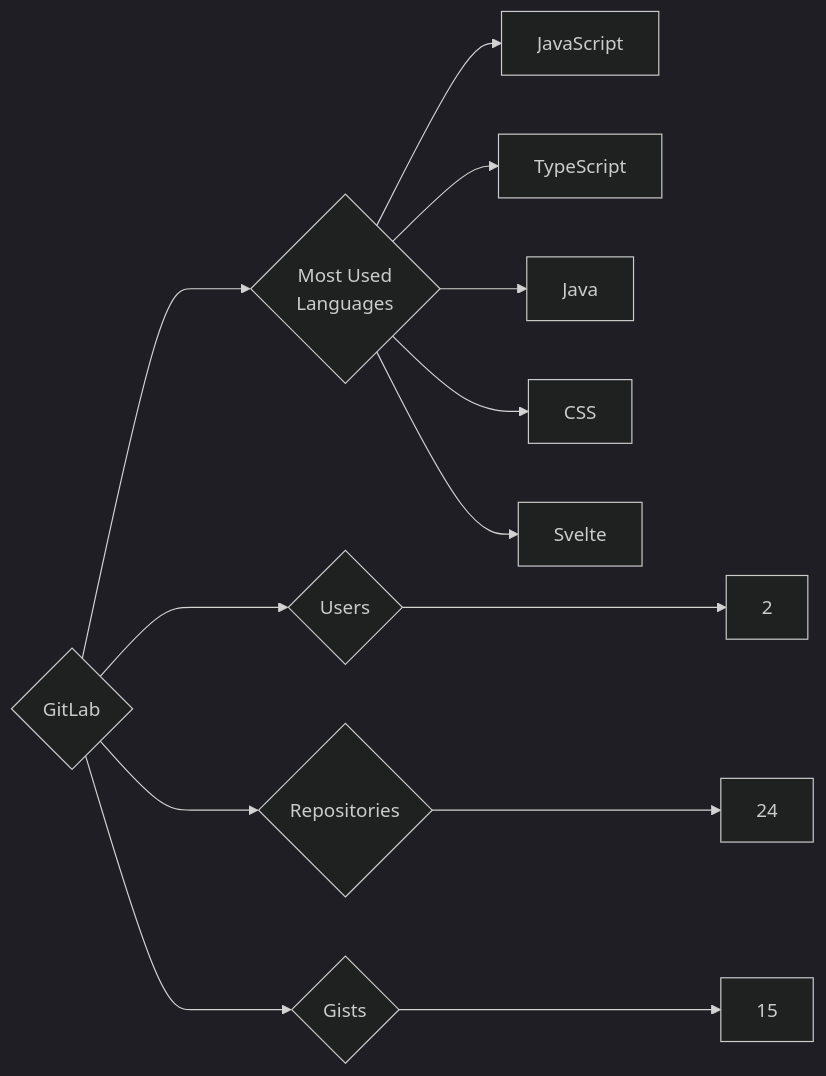
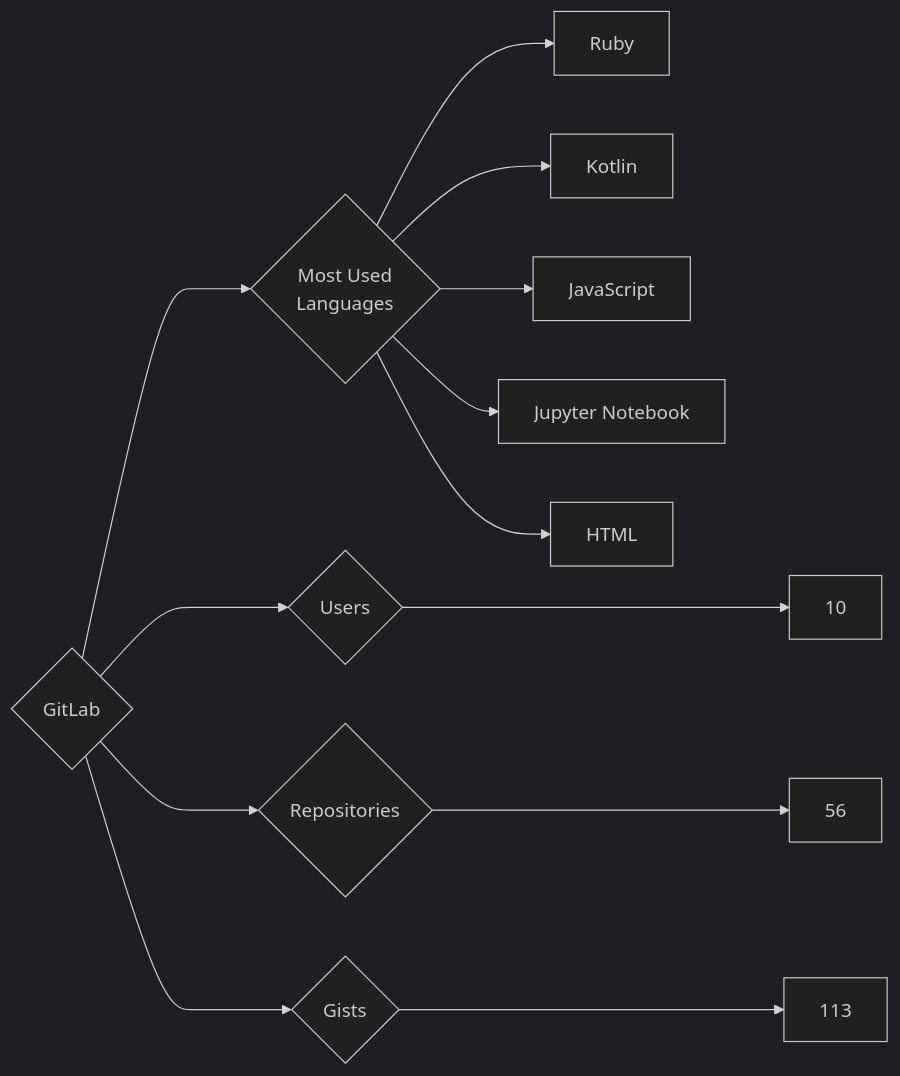
The diagram in targets/GitLab/README.md (trickest/insiders), drawn with Mermaid (dark theme) before and after one commit. The commit also changed 1149 other files, not shown here.

````diff
--- a/targets/GitLab/README.md
+++ b/targets/GitLab/README.md
@@ -3,13 +3,13 @@
 ```mermaid
 graph LR
 COMPANY_NAME{GitLab}
-COMPANY_NAME ---> U{Users} ---> UN[2]
-COMPANY_NAME ---> R{Repositories} ---> RN[24]
-COMPANY_NAME ---> G{Gists} ---> GN[15]
+COMPANY_NAME ---> U{Users} ---> UN[10]
+COMPANY_NAME ---> R{Repositories} ---> RN[56]
+COMPANY_NAME ---> G{Gists} ---> GN[113]
 COMPANY_NAME ---> ML{Most Used<br>Languages}
+ML --> Ruby[Ruby]
+ML --> Kotlin[Kotlin]
 ML --> JavaScript[JavaScript]
-ML --> TypeScript[TypeScript]
-ML --> Java[Java]
-ML --> CSS[CSS]
-ML --> Svelte[Svelte]
+ML --> Jupyter_Notebook[Jupyter Notebook]
+ML --> HTML[HTML]
 ```
````
